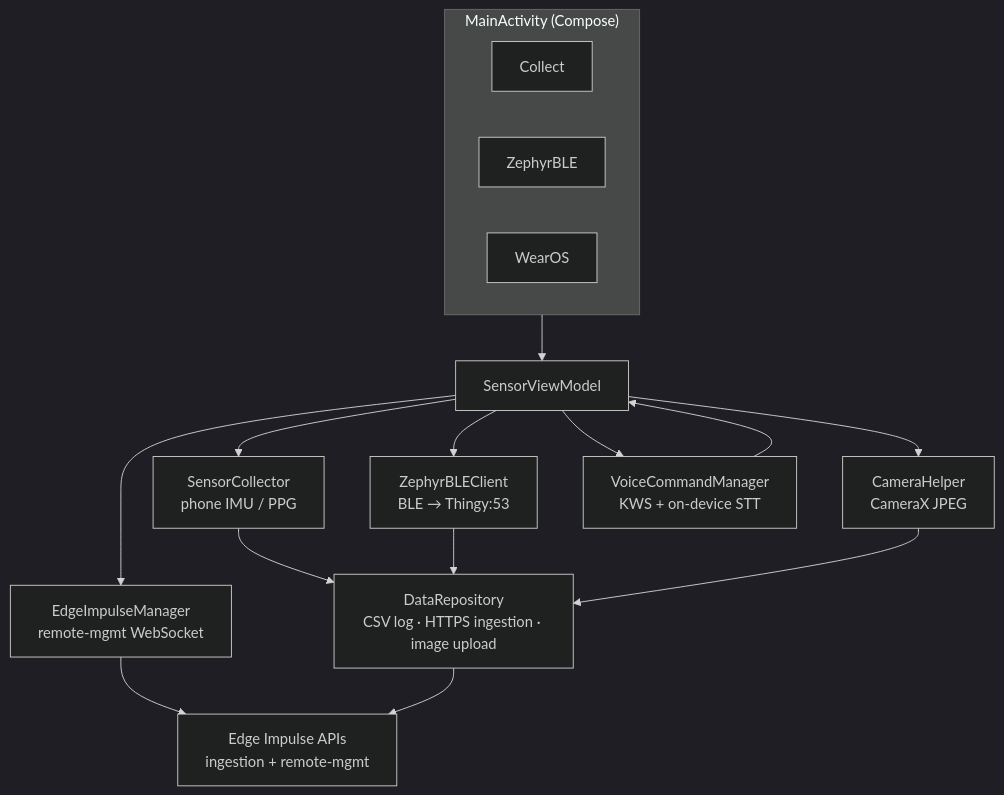
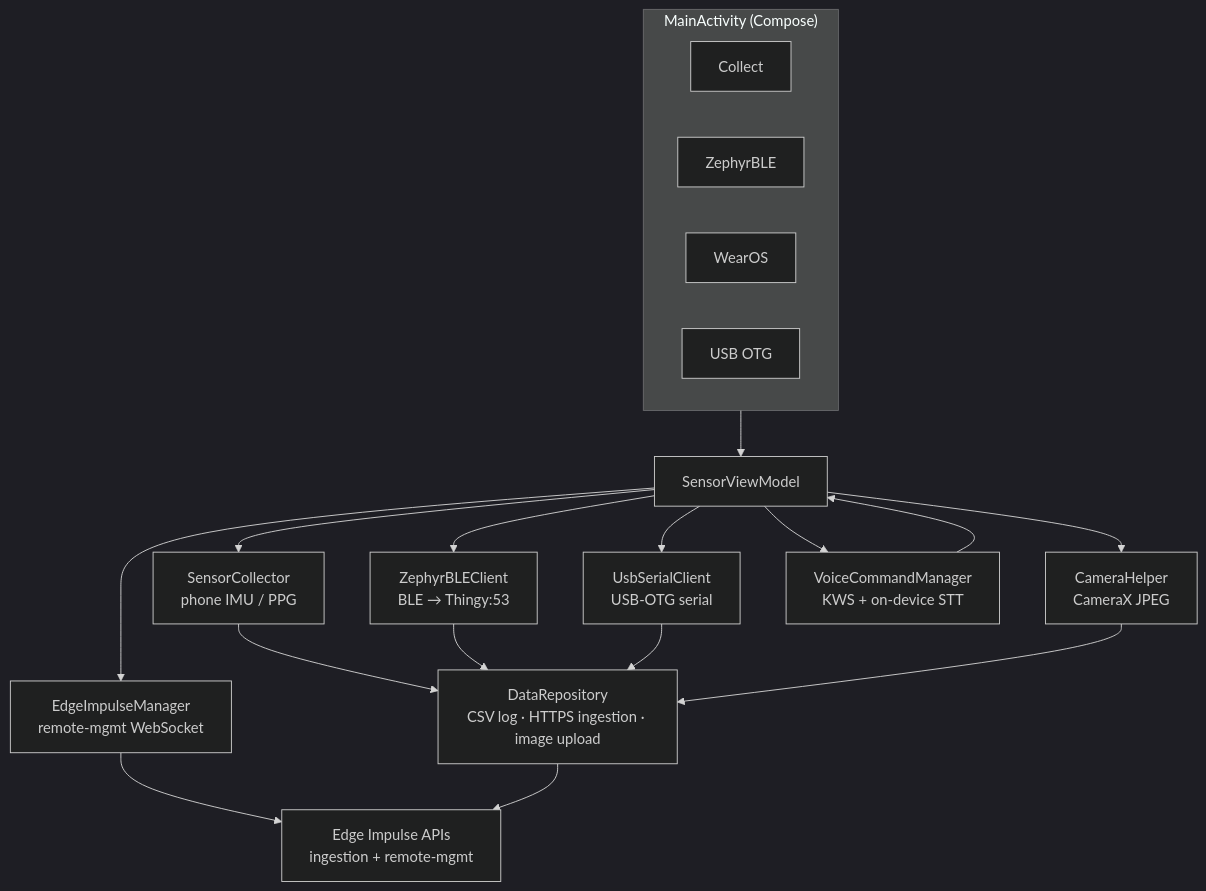
The diagram in android-data-collector/README.md (edgeimpulse/example-android-inferencing), drawn with Mermaid (dark theme) before and after one commit. The commit also changed other lines of this file and 11 other files, not shown here.

First line of the commit message:
feat: add USB OTG serial data source + Arduino sketch + updated APK

````diff
--- a/android-data-collector/README.md
+++ b/android-data-collector/README.md
@@ -186,21 +222,24 @@
 ```mermaid
 flowchart TD
     subgraph UI["MainActivity (Compose)"]
         direction LR
         C[Collect]
         Z[ZephyrBLE]
         W[WearOS]
+        U[USB OTG]
     end
     UI --> VM[SensorViewModel]
     VM --> SC["SensorCollector\nphone IMU / PPG"]
     VM --> ZB["ZephyrBLEClient\nBLE → Thingy:53"]
+    VM --> USB["UsbSerialClient\nUSB-OTG serial"]
     VM --> CH["CameraHelper\nCameraX JPEG"]
     VM --> EM["EdgeImpulseManager\nremote-mgmt WebSocket"]
     VM --> VCM["VoiceCommandManager\nKWS + on-device STT"]
     VCM --> VM
     SC --> DR["DataRepository\nCSV log · HTTPS ingestion · image upload"]
     ZB --> DR
+    USB --> DR
     CH --> DR
     EM --> EI
     DR --> EI["Edge Impulse APIs\ningestion + remote-mgmt"]
 ```
````
